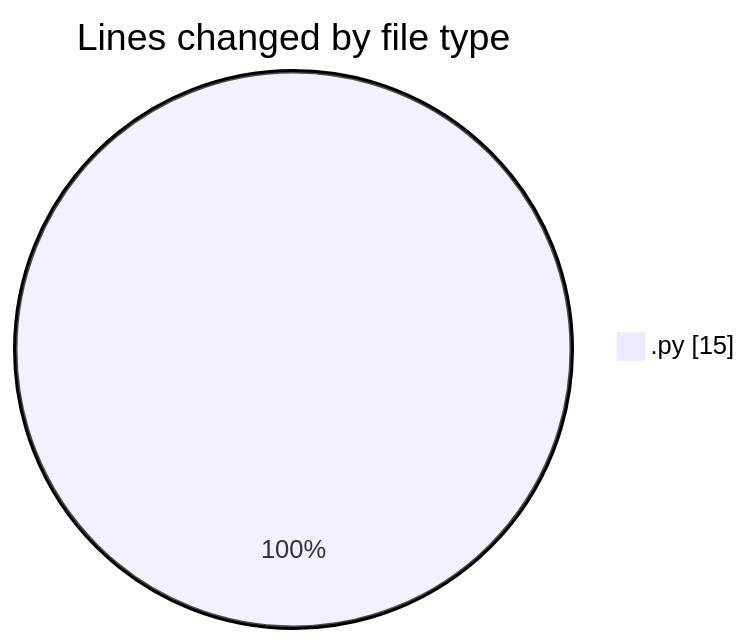
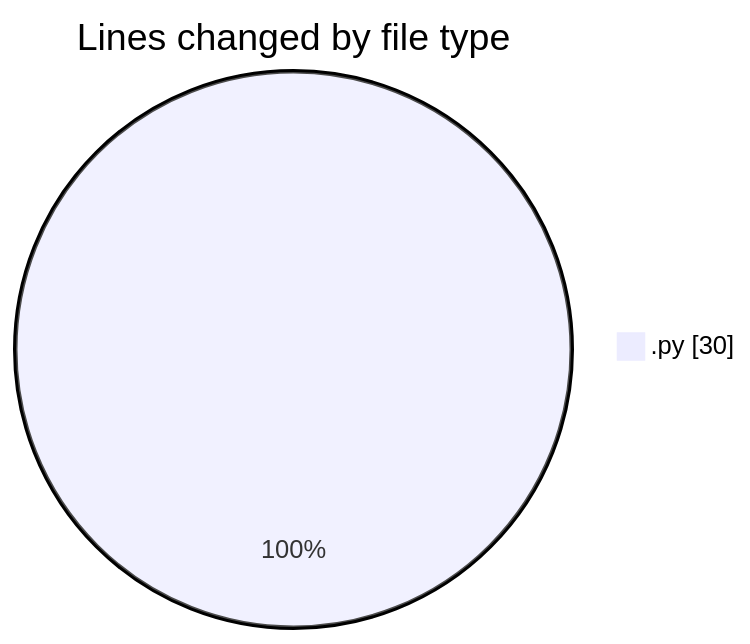
One commit to hasnaa123/code-tracking changed the first of 2 diagrams in 2026-02-25/student_performance_system/README.md. Above: the diagram before and after it, drawn with Mermaid. The commit also changed other lines of this file and 1 other file, not shown here.

````diff
--- a/2026-02-25/student_performance_system/README.md
+++ b/2026-02-25/student_performance_system/README.md
@@ -20,5 +20,5 @@
 ```mermaid
 pie showData
 title Lines changed by file type
-".py" : 15
+".py" : 30
 ```
````
